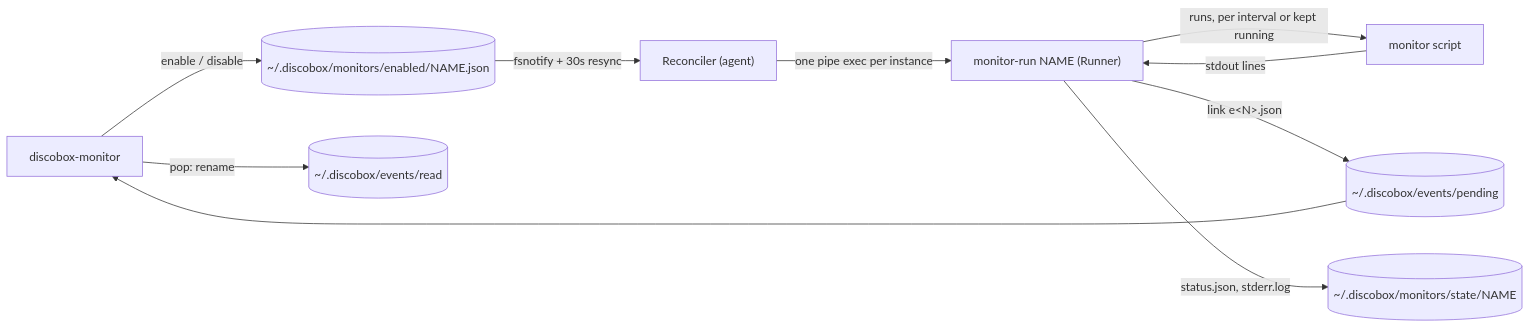
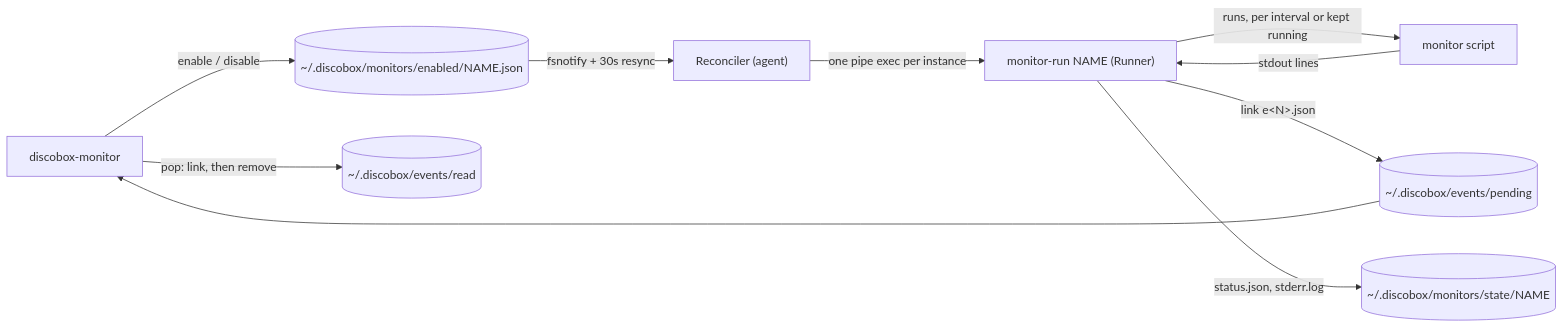
The diagram in sandbox-agent/monitors/DESIGN.md (discobox-ai/discobox), drawn with Mermaid before and after one commit. The commit also changed other lines of this file and 3 other files, not shown here.

First line of the commit message:
fix(sandbox-agent): a pop claims an event by link, not rename

````diff
--- a/sandbox-agent/monitors/DESIGN.md
+++ b/sandbox-agent/monitors/DESIGN.md
@@ -8,12 +8,12 @@
 ```mermaid
 flowchart LR
   CLI["discobox-monitor"] -->|"enable / disable"| Enabled[("~/.discobox/monitors/enabled/NAME.json")]
   Enabled -->|"fsnotify + 30s resync"| Rec["Reconciler (agent)"]
   Rec -->|"one pipe exec per instance"| Runner["monitor-run NAME (Runner)"]
   Runner -->|"runs, per interval or kept running"| Script["monitor script"]
   Script -->|"stdout lines"| Runner
   Runner -->|"link e&lt;N&gt;.json"| Pending[("~/.discobox/events/pending")]
   Runner -->|"status.json, stderr.log"| State[("~/.discobox/monitors/state/NAME")]
-  CLI -->|"pop: rename"| Read[("~/.discobox/events/read")]
+  CLI -->|"pop: link, then remove"| Read[("~/.discobox/events/read")]
   Pending --> CLI
 ```
````
